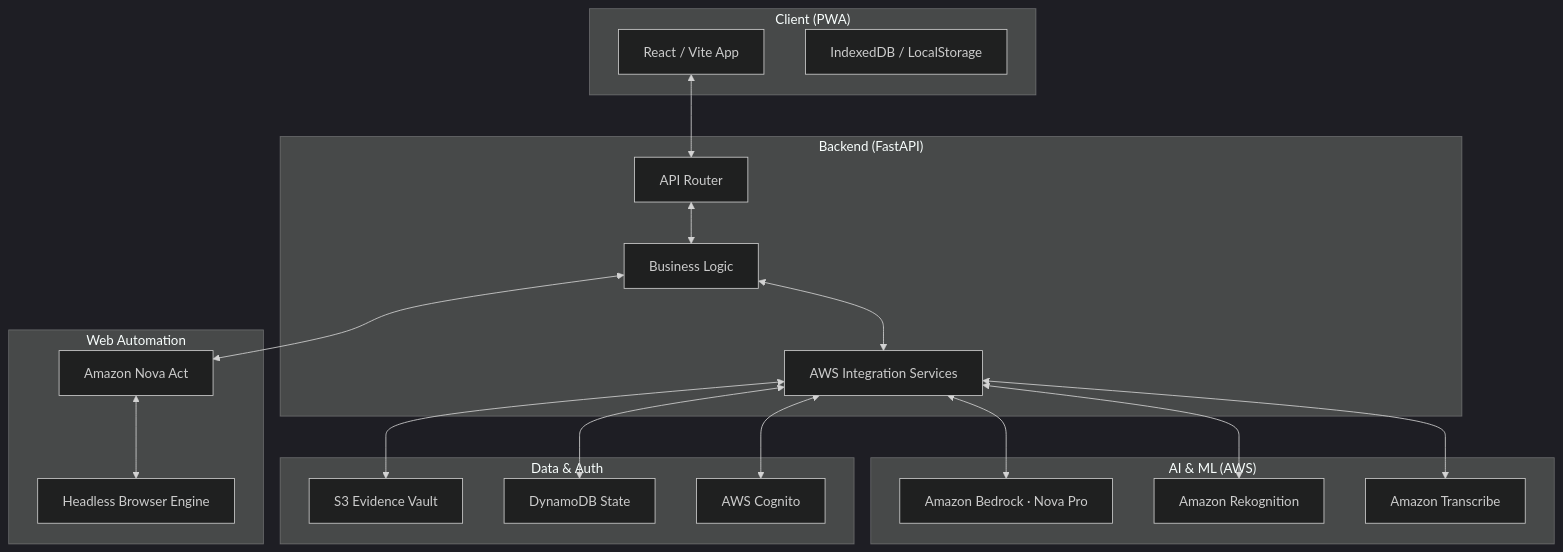
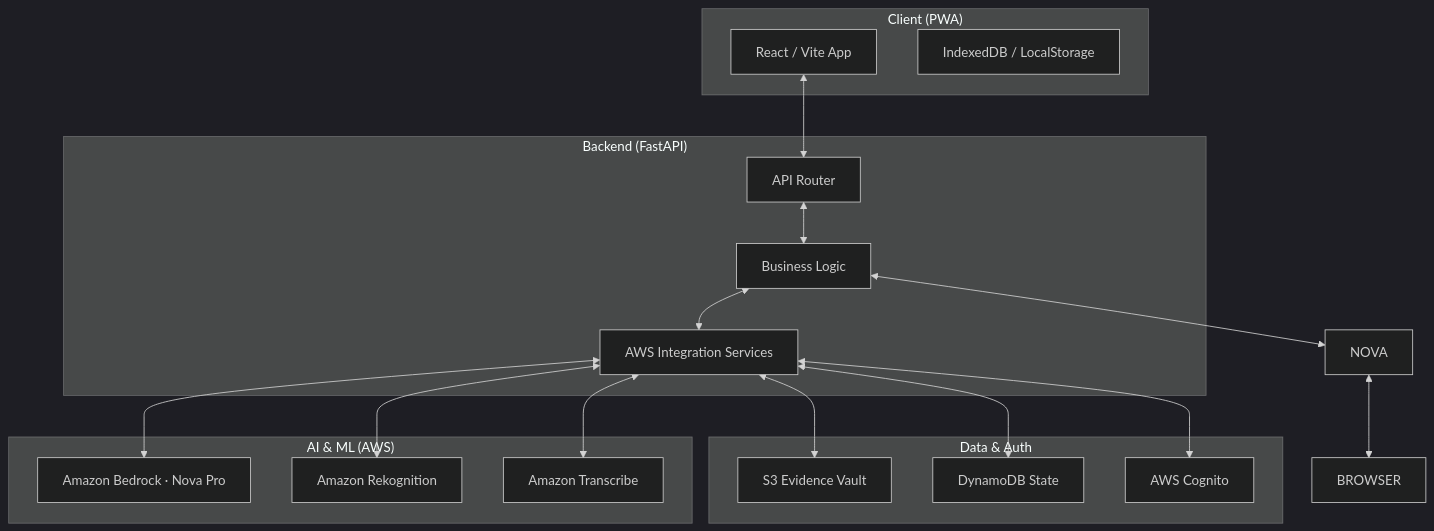
The diagram in README.md (Vedant-Baldwa/sewa_sahayak), drawn with Mermaid (dark theme) before and after one commit. The commit also changed other lines of this file, not shown here.

````diff
--- a/README.md
+++ b/README.md
@@ -169,36 +162,31 @@
 ```mermaid
 graph TB
     subgraph "Client (PWA)"
         UI[React / Vite App]
         STORAGE[IndexedDB / LocalStorage]
     end
 
     subgraph "Backend (FastAPI)"
         API[API Router]
         CORE[Business Logic]
         SVC[AWS Integration Services]
     end
 
     subgraph "AI & ML (AWS)"
         BEDROCK[Amazon Bedrock · Nova Pro]
         REKOGNITION[Amazon Rekognition]
         TRANSCRIBE[Amazon Transcribe]
     end
 
-    subgraph "Web Automation"
-        NOVA[Amazon Nova Act]
-        BROWSER[Headless Browser Engine]
-    end
-
     subgraph "Data & Auth"
         S3[S3 Evidence Vault]
         DYNAMO[DynamoDB State]
         AUTH[AWS Cognito]
     end
 
     UI <--> API
     API <--> CORE <--> SVC
     SVC <--> BEDROCK & REKOGNITION & TRANSCRIBE
     SVC <--> S3 & DYNAMO & AUTH
     CORE <--> NOVA <--> BROWSER
 ```
````
